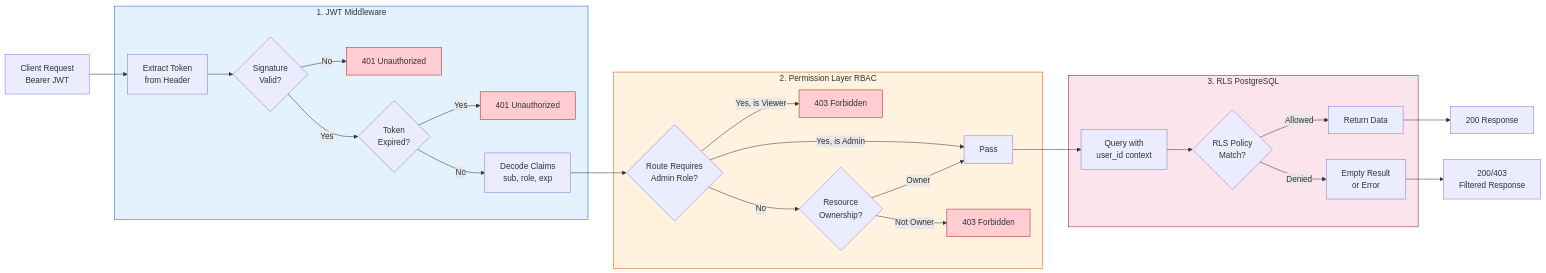
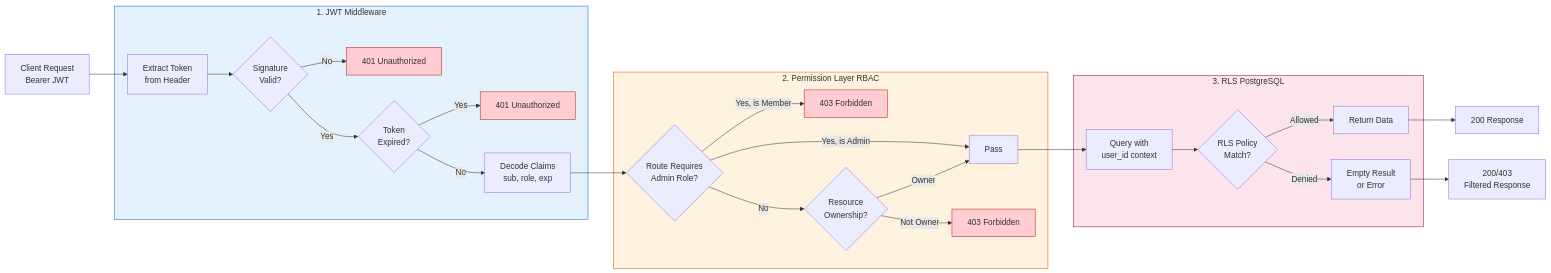
One commit to alonsovndev/open-projects-hub-docs changed the third of 4 diagrams in docs/03-architecture/security/security-architecture.md. Above: the diagram before and after it, drawn with Mermaid. The commit also changed other lines of this file and 33 other files, not shown here.

````diff
--- a/docs/03-architecture/security/security-architecture.md
+++ b/docs/03-architecture/security/security-architecture.md
@@ -268,42 +278,42 @@
 ```mermaid
 flowchart LR
     A[Client Request<br/>Bearer JWT] --> B
 
     subgraph Middleware["1. JWT Middleware"]
         B[Extract Token<br/>from Header] --> C{Signature<br/>Valid?}
         C -->|No| R401A[401 Unauthorized]
         C -->|Yes| D{Token<br/>Expired?}
         D -->|Yes| R401B[401 Unauthorized]
         D -->|No| E[Decode Claims<br/>sub, role, exp]
     end
 
     E --> F
 
     subgraph Permission["2. Permission Layer RBAC"]
         F{Route Requires<br/>Admin Role?}
         F -->|Yes, is Admin| G[Pass]
-        F -->|Yes, is Viewer| R403A[403 Forbidden]
+        F -->|Yes, is Member| R403A[403 Forbidden]
         F -->|No| H{Resource<br/>Ownership?}
         H -->|Owner| G
         H -->|Not Owner| R403B[403 Forbidden]
     end
 
     G --> I
 
     subgraph RLS["3. RLS PostgreSQL"]
         I[Query with<br/>user_id context] --> J{RLS Policy<br/>Match?}
         J -->|Allowed| K[Return Data]
         J -->|Denied| L[Empty Result<br/>or Error]
     end
 
     K --> M[200 Response]
     L --> N[200/403<br/>Filtered Response]
 
     style R401A fill:#ffcdd2,stroke:#b71c1c
     style R401B fill:#ffcdd2,stroke:#b71c1c
     style R403A fill:#ffcdd2,stroke:#b71c1c
     style R403B fill:#ffcdd2,stroke:#b71c1c
     style Middleware fill:#e3f2fd,stroke:#1565c0
     style Permission fill:#fff3e0,stroke:#e65100
     style RLS fill:#fce4ec,stroke:#880e4f
 ```
````
